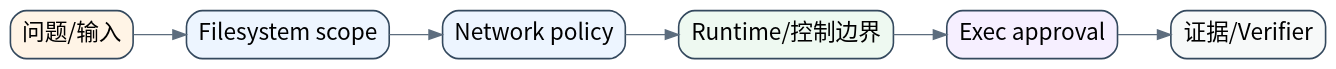
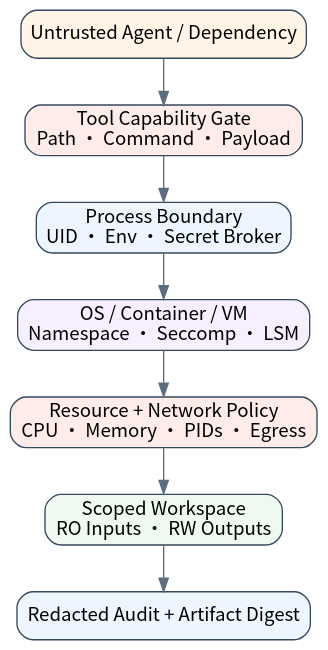
One commit to william-lbn/aiagentsystem changed the diagram in book/assets/diagrams/17-sandbox-architecture.dot. Above: the diagram before and after it, drawn with Graphviz. The commit also changed 227 other files, not shown here.

```diff
--- a/book/assets/diagrams/17-sandbox-architecture.dot
+++ b/book/assets/diagrams/17-sandbox-architecture.dot
@@ -1,16 +1,18 @@
 digraph G {
-graph [rankdir=LR,bgcolor="transparent",pad="0.15",nodesep="0.4",ranksep="0.55"];
-node [shape=box,style="rounded,filled",fontname="Noto Sans CJK SC",fontsize=17,color="#34495e",penwidth=1.2];
-edge [fontname="Noto Sans CJK SC",fontsize=11,color="#5d6d7e"];
-n0 [label="问题/输入",fillcolor="#fff4e6"];
-n1 [label="Filesystem scope",fillcolor="#edf5ff"];
-n2 [label="Network policy",fillcolor="#edf5ff"];
-n3 [label="Runtime/控制边界",fillcolor="#eef9f1"];
-n4 [label="Exec approval",fillcolor="#f6efff"];
-n5 [label="证据/Verifier",fillcolor="#f7f9f9"];
-n0->n1;
-n1->n2;
-n2->n3;
-n3->n4;
-n4->n5;
+graph [rankdir=TB,bgcolor="transparent",pad="0.18",nodesep="0.34",ranksep="0.48"];
+node [shape=box,style="rounded,filled",fontname="Noto Sans CJK SC",fontsize=14,color="#34495e"];
+edge [fontname="Noto Sans CJK SC",fontsize=10,color="#5d6d7e"];
+agent [label="Untrusted Agent / Dependency",fillcolor="#fff4e6"];
+gate [label="Tool Capability Gate\nPath · Command · Payload",fillcolor="#fdecea"];
+process [label="Process Boundary\nUID · Env · Secret Broker",fillcolor="#edf5ff"];
+os [label="OS / Container / VM\nNamespace · Seccomp · LSM",fillcolor="#f6efff"];
+resources [label="Resource + Network Policy\nCPU · Memory · PIDs · Egress",fillcolor="#fdecea"];
+workspace [label="Scoped Workspace\nRO Inputs · RW Outputs",fillcolor="#eef9f1"];
+audit [label="Redacted Audit + Artifact Digest",fillcolor="#edf5ff"];
+agent->gate;
+gate->process;
+process->os;
+os->resources;
+resources->workspace;
+workspace->audit;
 }
```
